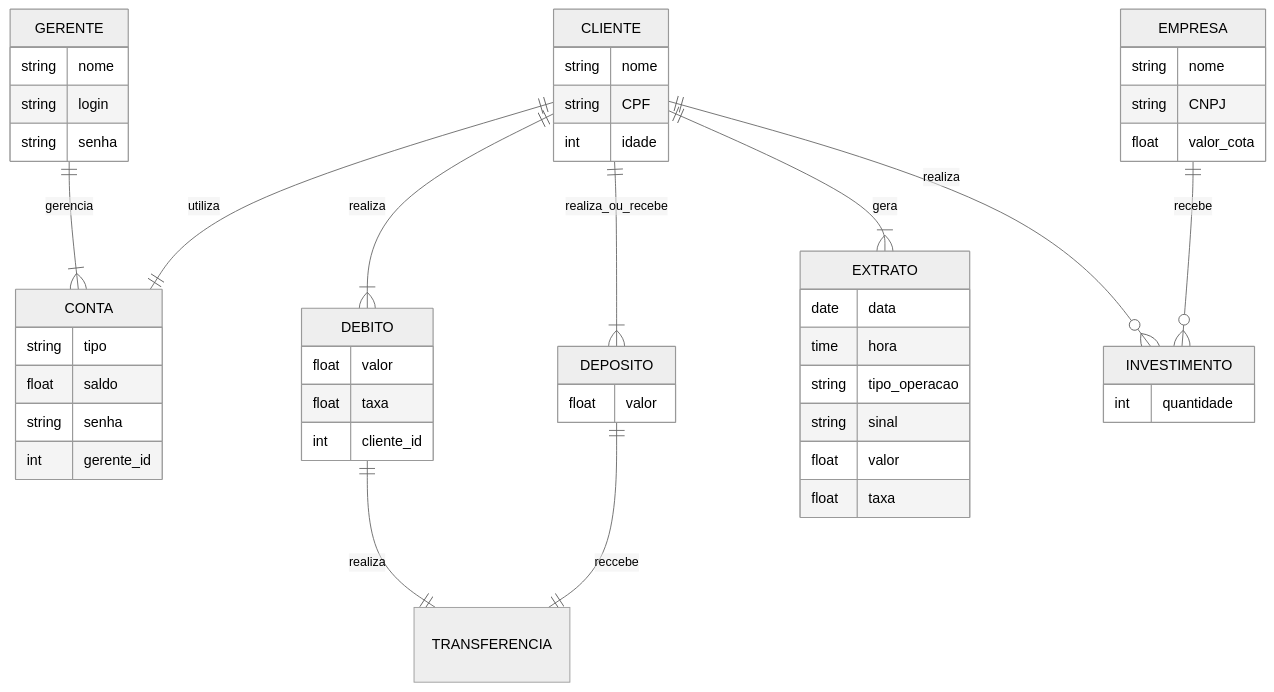
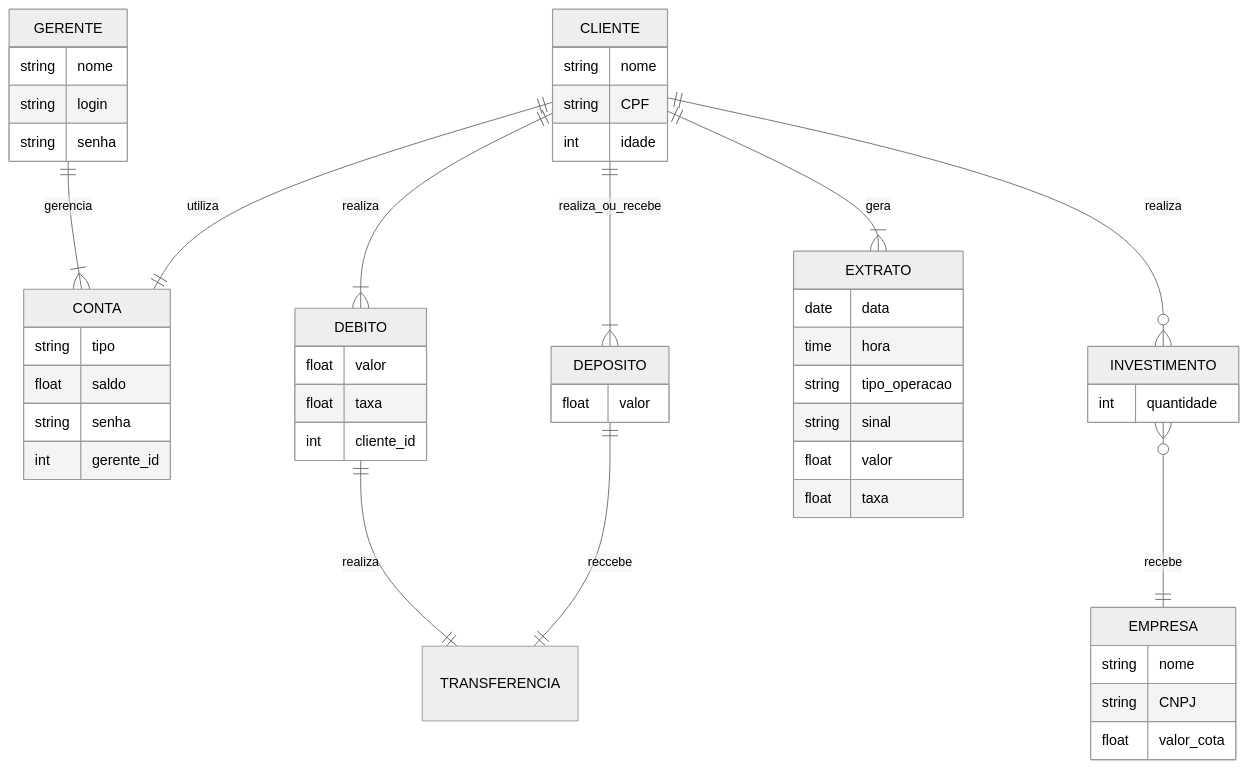
The first of 2 diagrams in README.md (iagorosa28/banco_quempoupatem_banco_de_dados), drawn with Mermaid (neutral theme) before and after one commit.

```diff
--- a/README.md
+++ b/README.md
@@ -91,7 +91,8 @@
     CLIENTE  || -- |{ EXTRATO : gera
     %%CLIENTE  }| -- |{ EMPRESA : investe 
     CLIENTE  || -- o{ INVESTIMENTO : realiza
-    EMPRESA || -- o{ INVESTIMENTO : recebe
+    INVESTIMENTO }o -- || EMPRESA : recebe
+    %%EMPRESA || -- o{ INVESTIMENTO : recebe
 
 
  %% CLIENTE || -- |{ TRANSFERENCIA : faz_ou_recebe   
```
